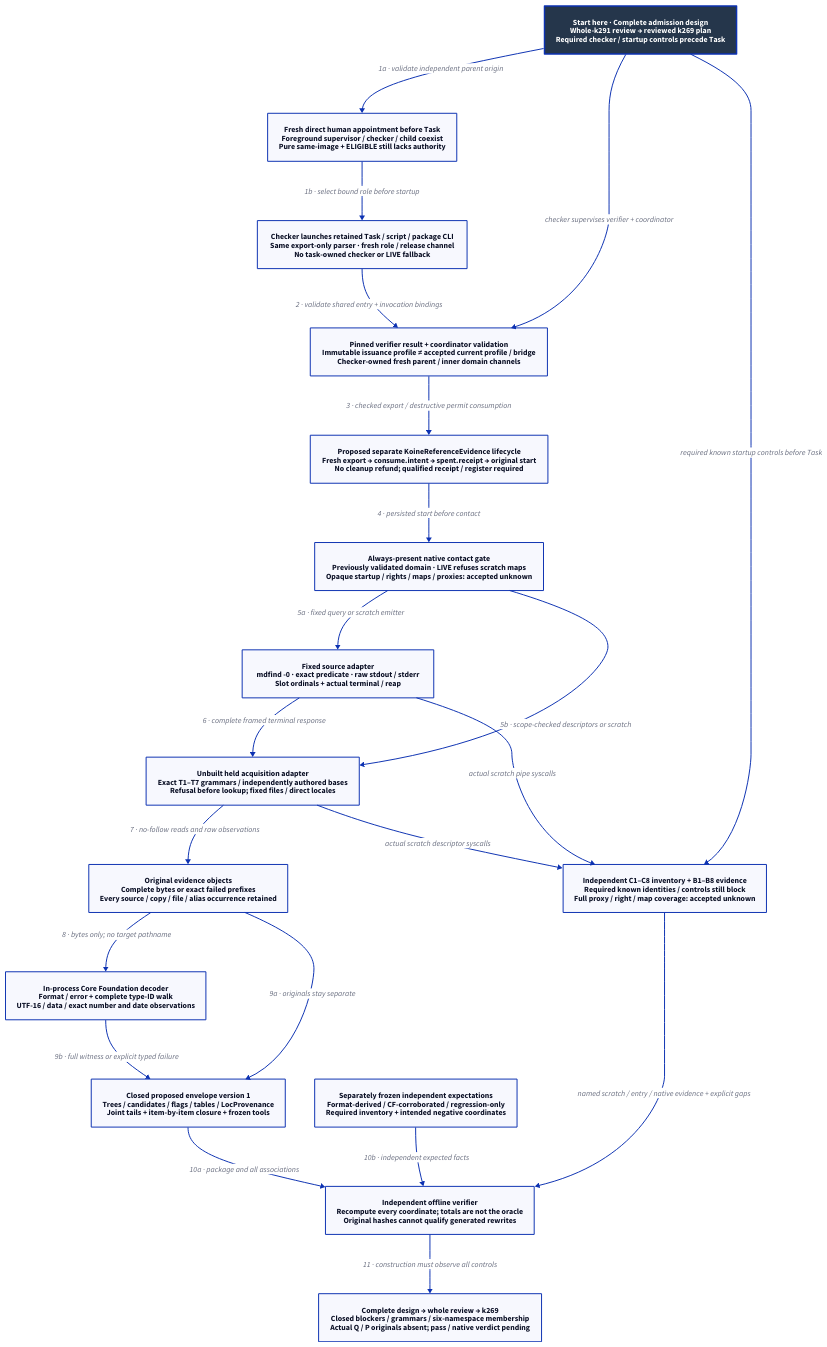
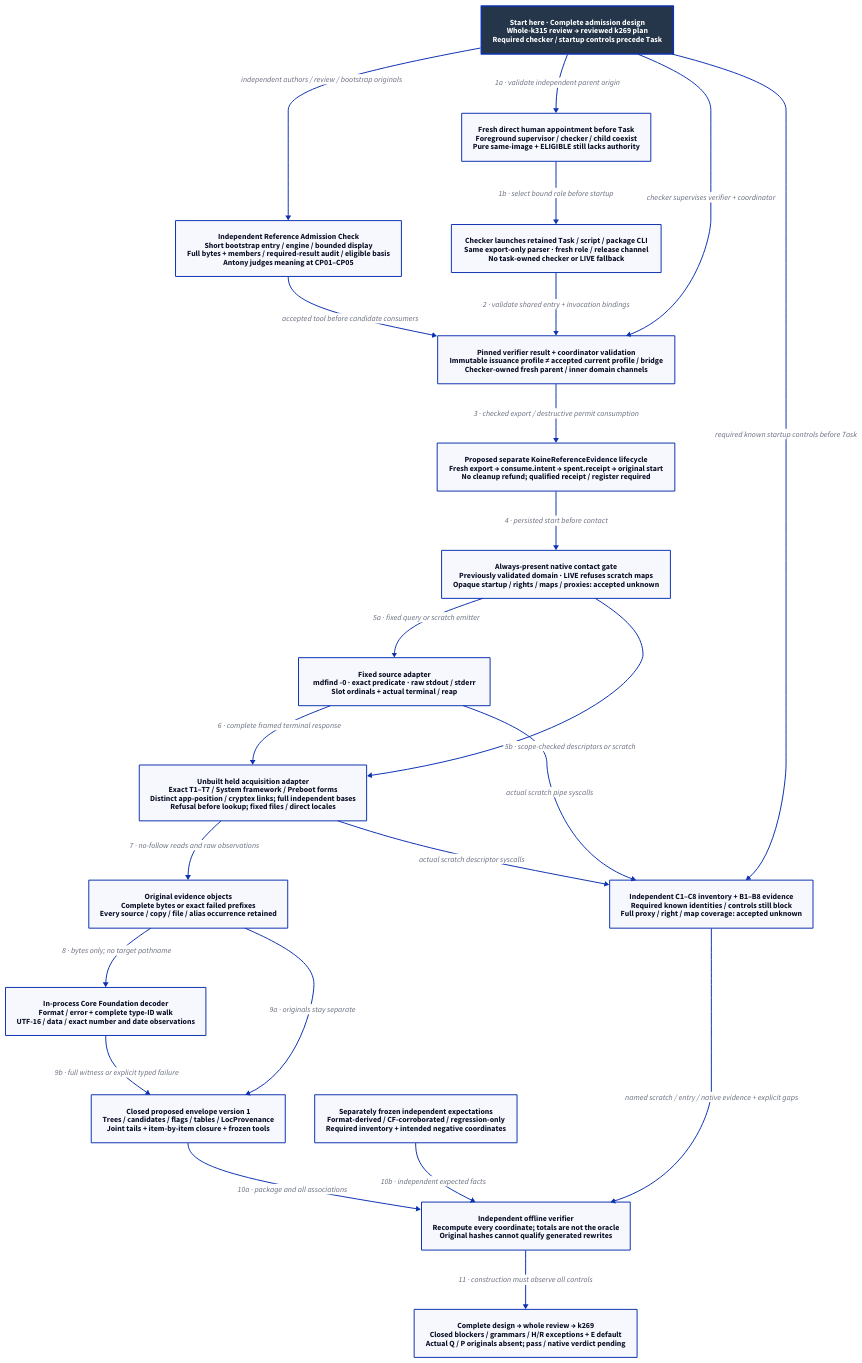
Before and after one commit to Linkuistics/Koine: the diagram in docs/design/architecture/native-reference-instrument.d2, drawn with D2. The commit also changed 52 other files, not shown here.

Commit message:
Repair practical reference admission design (reference-evidence-practical-admission-k315)

```diff
--- a/docs/design/architecture/native-reference-instrument.d2
+++ b/docs/design/architecture/native-reference-instrument.d2
@@ -1,40 +1,43 @@
 # Proposed evidence-tool components; none is implemented or qualified by this design.
 direction: down
 classes: {
   start: {style: {fill: "#25364B"; font-color: "#FFFFFF"; bold: true; stroke-width: 3}}
 }
-Start: "Start here · Complete admission design\nWhole-k291 review → reviewed k269 plan\nRequired checker / startup controls precede Task" {class: start}
+Start: "Start here · Complete admission design\nWhole-k315 review → reviewed k269 plan\nRequired checker / startup controls precede Task" {class: start}
 Role: "Fresh direct human appointment before Task\nForeground supervisor / checker / child coexist\nPure same-image + ELIGIBLE still lacks authority"
 Task: "Checker launches retained Task / script / package CLI\nSame export-only parser · fresh role / release channel\nNo task-owned checker or LIVE fallback"
 Admission: "Pinned verifier result + coordinator validation\nImmutable issuance profile ≠ accepted current profile / bridge\nChecker-owned fresh parent / inner domain channels"
 Authority: "Proposed separate KoineReferenceEvidence lifecycle\nFresh export → consume.intent → spent.receipt → original start\nNo cleanup refund; qualified receipt / register required"
 Gate: "Always-present native contact gate\nPreviously validated domain · LIVE refuses scratch maps\nOpaque startup / rights / maps / proxies: accepted unknown"
 Source: "Fixed source adapter\nmdfind -0 · exact predicate · raw stdout / stderr\nSlot ordinals + actual terminal / reap"
-Held: "Unbuilt held acquisition adapter\nExact T1–T7 grammars / independently authored bases\nRefusal before lookup; fixed files / direct locales"
+Held: "Unbuilt held acquisition adapter\nExact T1–T7 / System framework / Preboot forms\nDistinct app-position / cryptex links; full independent bases\nRefusal before lookup; fixed files / direct locales"
 Objects: "Original evidence objects\nComplete bytes or exact failed prefixes\nEvery source / copy / file / alias occurrence retained"
 Decoder: "In-process Core Foundation decoder\nFormat / error + complete type-ID walk\nUTF-16 / data / exact number and date observations"
 Envelope: "Closed proposed envelope version 1\nTrees / candidates / flags / tables / LocProvenance\nJoint tails + item-by-item closure + frozen tools"
 Oracle: "Separately frozen independent expectations\nFormat-derived / CF-corroborated / regression-only\nRequired inventory + intended negative coordinates"
 Observer: "Independent C1–C8 inventory + B1–B8 evidence\nRequired known identities / controls still block\nFull proxy / right / map coverage: accepted unknown"
 Verifier: "Independent offline verifier\nRecompute every coordinate; totals are not the oracle\nOriginal hashes cannot qualify generated rewrites"
-Boundary: "Complete design → whole review → k269\nClosed blockers / grammars / six-namespace membership\nActual Q / P originals absent; pass / native verdict pending"
+Boundary: "Complete design → whole review → k269\nClosed blockers / grammars / H/R exceptions + E default\nActual Q / P originals absent; pass / native verdict pending"
+Compare: "Independent Reference Admission Check\nShort bootstrap entry / engine / bounded display\nFull bytes + members / required-result audit / eligible basis\nAntony judges meaning at CP01–CP05"
+Compare -> Admission: "accepted tool before candidate consumers"
+Start -> Compare: "independent authors / review / bootstrap originals"
 Start -> Role: "1a · validate independent parent origin"
 Role -> Task: "1b · select bound role before startup"
 Start -> Admission: "checker supervises verifier + coordinator"
 Start -> Observer: "required known startup controls before Task"
 Task -> Admission: "2 · validate shared entry + invocation bindings"
 Admission -> Authority: "3 · checked export / destructive permit consumption"
 Authority -> Gate: "4 · persisted start before contact"
 Gate -> Source: "5a · fixed query or scratch emitter"
 Gate -> Held: "5b · scope-checked descriptors or scratch"
 Source -> Held: "6 · complete framed terminal response"
 Held -> Objects: "7 · no-follow reads and raw observations"
 Objects -> Decoder: "8 · bytes only; no target pathname"
 Objects -> Envelope: "9a · originals stay separate"
 Decoder -> Envelope: "9b · full witness or explicit typed failure"
 Envelope -> Verifier: "10a · package and all associations"
 Oracle -> Verifier: "10b · independent expected facts"
 Source -> Observer: "actual scratch pipe syscalls"
 Held -> Observer: "actual scratch descriptor syscalls"
 Observer -> Verifier: "named scratch / entry / native evidence + explicit gaps"
 Verifier -> Boundary: "11 · construction must observe all controls"
```
